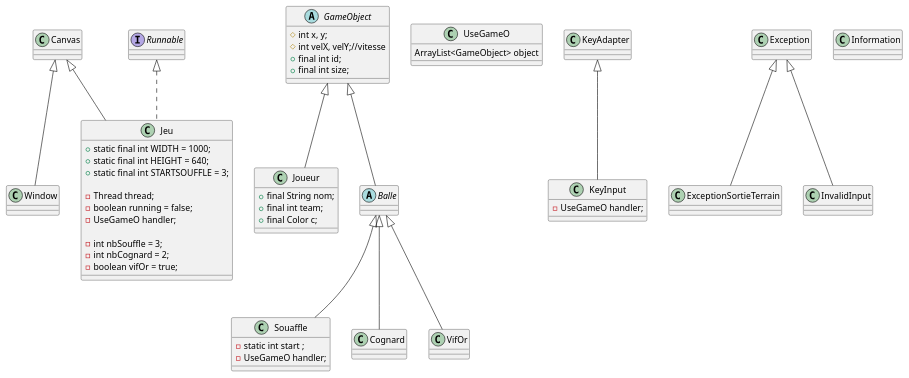
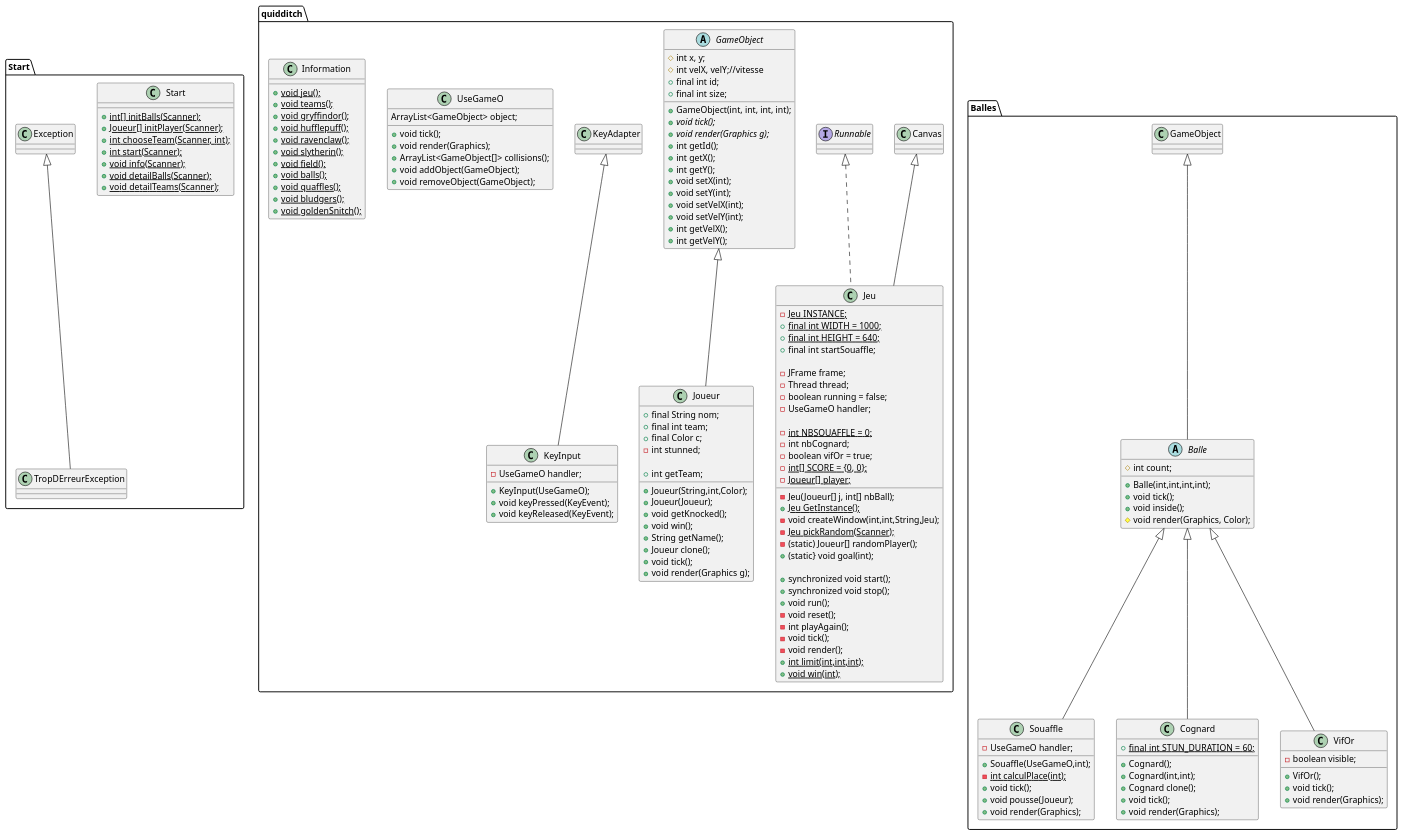
One commit to Cyren4/ProjetJava changed the diagram in ProjetS1/README.md. Above: the diagram before and after it, drawn with PlantUML. The commit also changed other lines of this file, not shown here.

````diff
--- a/ProjetS1/README.md
+++ b/ProjetS1/README.md
@@ -58,19 +58,54 @@
 ```uml
 @startuml
-class Window extends Canvas {}
+package "Start"{
+class Start{
++{static} int[] initBalls(Scanner);
++{static} Joueur[] initPlayer(Scanner);
++{static} int chooseTeam(Scanner, int);
++{static} int start(Scanner);
++{static} void info(Scanner);
++{static} void detailBalls(Scanner);
++{static} void detailTeams(Scanner);
+}
+
+Class TropDErreurException extends Exception{}
+}
+
+package "quidditch"{
 
 Class Jeu extends Canvas implements Runnable {
-+static final int WIDTH = 1000; 
-+static final int HEIGHT = 640;
-+static final int STARTSOUFFLE = 3;
+- {static} Jeu INSTANCE;
++{static} final int WIDTH = 1000; 
++{static} final int HEIGHT = 640;
++final int startSouaffle;
 	
+-JFrame frame;
 -Thread thread;
 -boolean running = false;
 -UseGameO handler;
 
--int nbSouffle = 3;
--int nbCognard = 2;
+-{static}int NBSOUAFFLE = 0;
+-int nbCognard;
 -boolean vifOr = true;
+-{static} int[] SCORE = {0, 0};
+-{static} Joueur[] player;
+
+-Jeu(Joueur[] j, int[] nbBall);
++{static} Jeu GetInstance();
+-void createWindow(int,int,String,Jeu);
+-{static} Jeu pickRandom(Scanner);
+-(static) Joueur[] randomPlayer();
++(static} void goal(int);
+
++synchronized void start();
++synchronized void stop();
++void run();
+-void reset();
+-int playAgain();
+- void tick();
+-void render();
++{static} int limit(int,int,int);
++{static} void win(int);
 }
 
 abstract class GameObject {
@@ -78,37 +113,110 @@
 # int velX, velY;//vitesse
 + final int id;
 + final int size;
-}
 
-class UseGameO {
-ArrayList<GameObject> object
-}
-
-class KeyInput extends KeyAdapter{
-- UseGameO handler;
++GameObject(int, int, int, int);
++{abstract} void tick();
++{abstract} void render(Graphics g);
++int getId();
++int getX();
++int getY();
++void setX(int);
++void setY(int);
++void setVelX(int);
++void setVelY(int);
++int getVelX();
++int getVelY();
 }
 
 Class Joueur extends GameObject {
 + final String nom;
 + final int team;
 + final Color c;
+-int stunned;
+
++Joueur(String,int,Color);
++Joueur(Joueur);
++void getKnocked();
++void win();
++int getTeam;
++String getName();
++Joueur clone();
++void tick();
++void render(Graphics g);
 }
 
-Class ExceptionSortieTerrain extends Exception{}
-Class InvalidInput extends Exception{}
+class KeyInput extends KeyAdapter{
+- UseGameO handler;
 
++KeyInput(UseGameO);
++void keyPressed(KeyEvent);
++void keyReleased(KeyEvent);
+}
+
+
+class UseGameO {
+ArrayList<GameObject> object;
+
++void tick();
++void render(Graphics);
++ArrayList<GameObject[]> collisions();
++void addObject(GameObject);
++void removeObject(GameObject);
+}
+
+class Information {
++{static} void jeu();
++{static} void teams();
++{static} void gryffindor();
++{static} void hufflepuff();
++{static} void ravenclaw();
++{static} void slytherin();
++{static} void field();
++{static} void balls();
++{static} void quaffles();
++{static} void bludgers();
++{static} void goldenSnitch();
+}
+}
+
+
+package "Balles"{
 abstract class Balle extends GameObject {
+#int count;
 
++Balle(int,int,int,int);
++void tick();
++void inside();
+#void render(Graphics, Color);
 }
 
 class Souaffle extends Balle{
-- static int start ;
 - UseGameO handler;
+
++Souaffle(UseGameO,int);
+-{static} int calculPlace(int);
++void tick();
++void pousse(Joueur);
++void render(Graphics);
 }
 
-class Cognard extends Balle{}
-class VifOr extends Balle{}
+class Cognard extends Balle{
++{static} final int STUN_DURATION = 60;
 
-class Information {}
++ Cognard();
++Cognard(int,int);
++Cognard clone();
++void tick();
++void render(Graphics);
+}
+
+class VifOr extends Balle{
+-boolean visible;
+
++VifOr();
++void tick();
++void render(Graphics);
+}
+}
 @enduml
 ```
````
